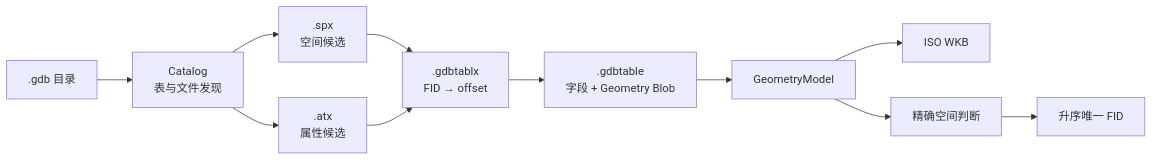
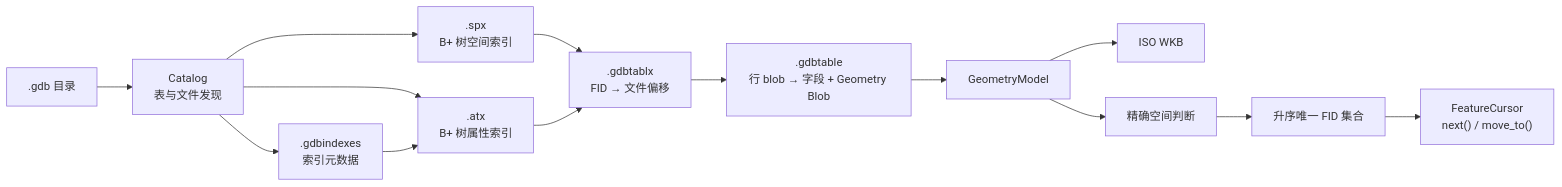
Before and after one commit to EdgarLQS/fast-gdb: the diagram in docs/overview/02_fast-gdb项目综合汇报.md, drawn with Mermaid. The commit also changed other lines of this file and 1 other file, not shown here.

````diff
--- a/docs/overview/02_fast-gdb项目综合汇报.md
+++ b/docs/overview/02_fast-gdb项目综合汇报.md
@@ -55,13 +70,16 @@
 ```mermaid
 flowchart LR
     GDB[".gdb 目录"] --> Catalog["Catalog<br/>表与文件发现"]
-    Catalog --> SPX[".spx<br/>空间候选"]
-    Catalog --> ATX[".atx<br/>属性候选"]
-    SPX --> Tablx[".gdbtablx<br/>FID → offset"]
+    Catalog --> SPX[".spx<br/>B+ 树空间索引"]
+    Catalog --> ATX[".atx<br/>B+ 树属性索引"]
+    Catalog --> Indexes[".gdbindexes<br/>索引元数据"]
+    SPX --> Tablx[".gdbtablx<br/>FID → 文件偏移"]
     ATX --> Tablx
-    Tablx --> Table[".gdbtable<br/>字段 + Geometry Blob"]
+    Indexes --> ATX
+    Tablx --> Table[".gdbtable<br/>行 blob → 字段 + Geometry Blob"]
     Table --> Model["GeometryModel"]
     Model --> WKB["ISO WKB"]
     Model --> Predicate["精确空间判断"]
-    Predicate --> Result["升序唯一 FID"]
+    Predicate --> Result["升序唯一 FID 集合"]
+    Result --> Cursor["FeatureCursor<br/>next() / move_to()"]
 ```
````
